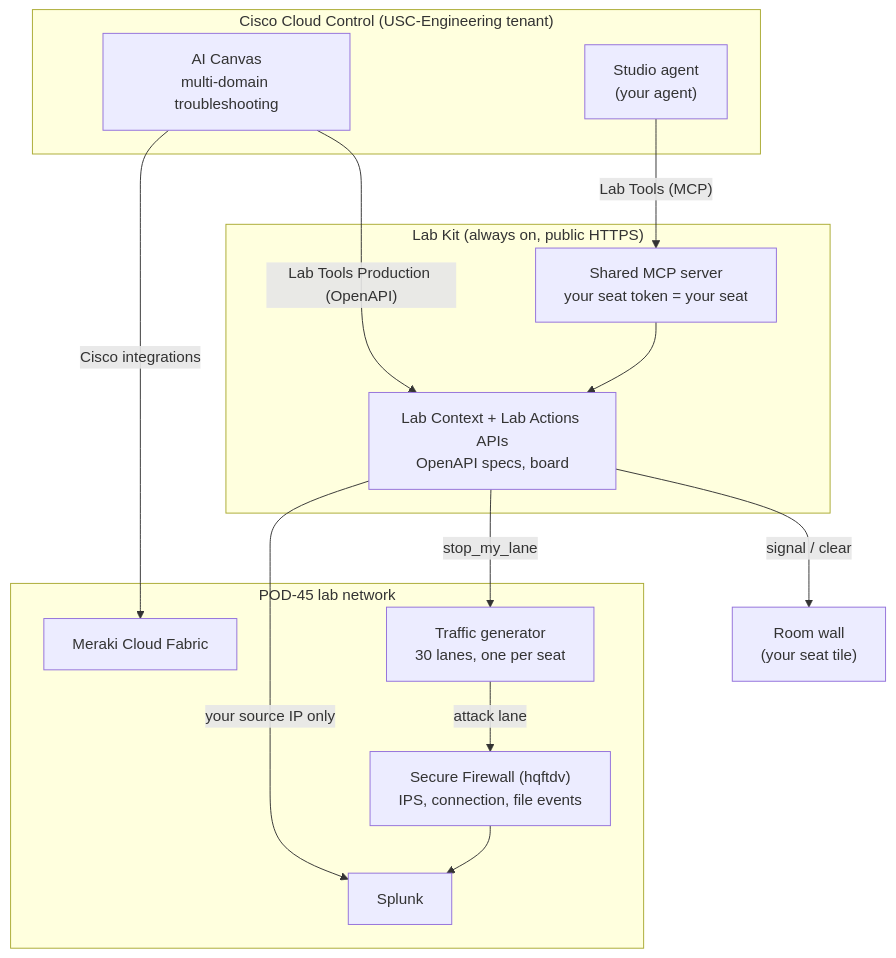
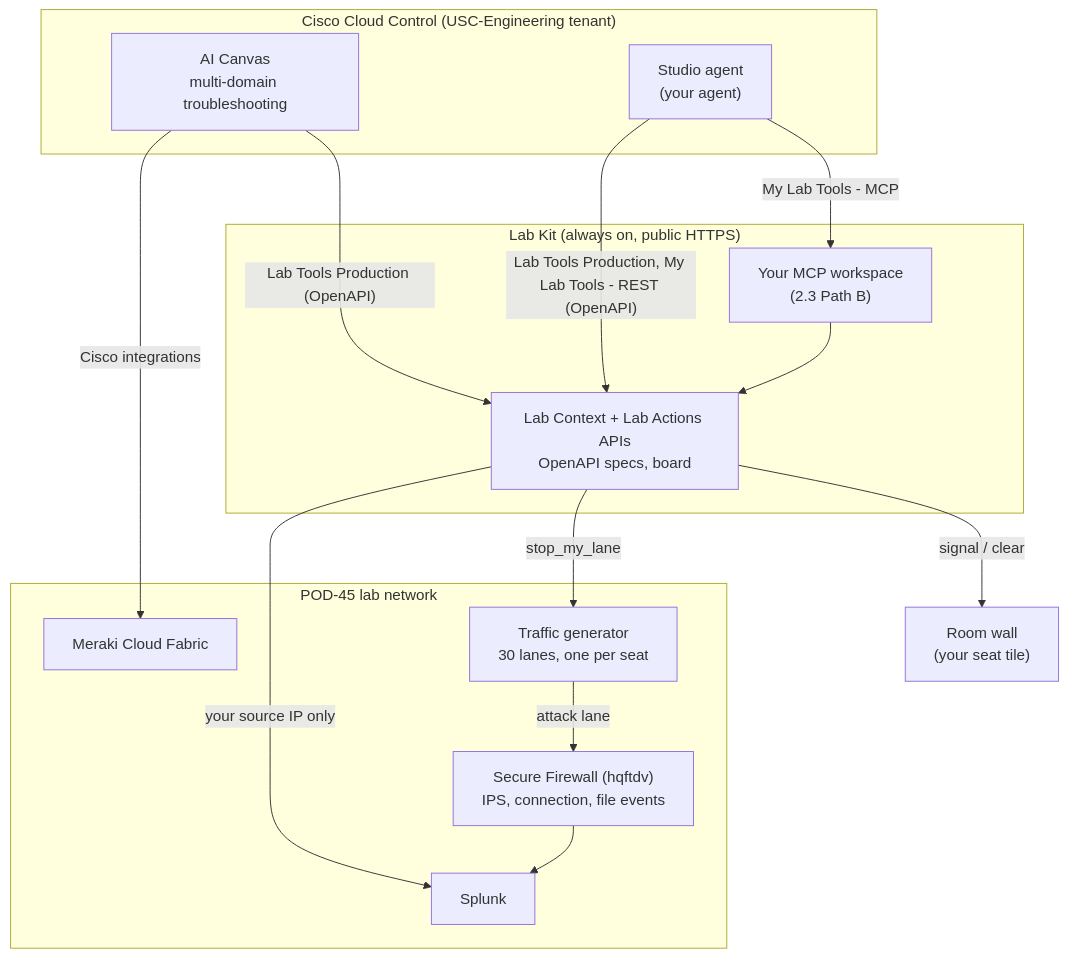
The diagram in docs/introduction.md (mokuma56/cloud-control-agent-lab-guide), drawn with Mermaid before and after one commit. The commit also changed other lines of this file and 6 other files, not shown here.

Commit message:
2.3/2.4: drop step A; explain your own workflow; My Lab Tools - REST / - MCP

````diff
--- a/docs/introduction.md
+++ b/docs/introduction.md
@@ -41,25 +41,26 @@
 ```mermaid
 flowchart TB
   subgraph CC["Cisco Cloud Control (USC-Engineering tenant)"]
     Canvas["AI Canvas<br/>multi-domain troubleshooting"]
     Studio["Studio agent<br/>(your agent)"]
   end
   subgraph Kit["Lab Kit (always on, public HTTPS)"]
     Broker["Lab Context + Lab Actions APIs<br/>OpenAPI specs, board"]
-    MCP["Shared MCP server<br/>your seat token = your seat"]
+    MCP["Your MCP workspace<br/>(2.3 Path B)"]
   end
   subgraph Pod["POD-45 lab network"]
     Meraki["Meraki Cloud Fabric"]
     FTD["Secure Firewall (hqftdv)<br/>IPS, connection, file events"]
     Splunk["Splunk"]
     Gen["Traffic generator<br/>30 lanes, one per seat"]
   end
   Canvas -- "Cisco integrations" --> Meraki
   Canvas -- "Lab Tools Production (OpenAPI)" --> Broker
-  Studio -- "Lab Tools (MCP)" --> MCP --> Broker
+  Studio -- "Lab Tools Production, My Lab Tools - REST (OpenAPI)" --> Broker
+  Studio -- "My Lab Tools - MCP" --> MCP --> Broker
   Broker -- "your source IP only" --> Splunk
   FTD --> Splunk
   Gen -- "attack lane" --> FTD
   Broker -- "stop_my_lane" --> Gen
   Broker -- "signal / clear" --> Wall["Room wall<br/>(your seat tile)"]
 ```
````
